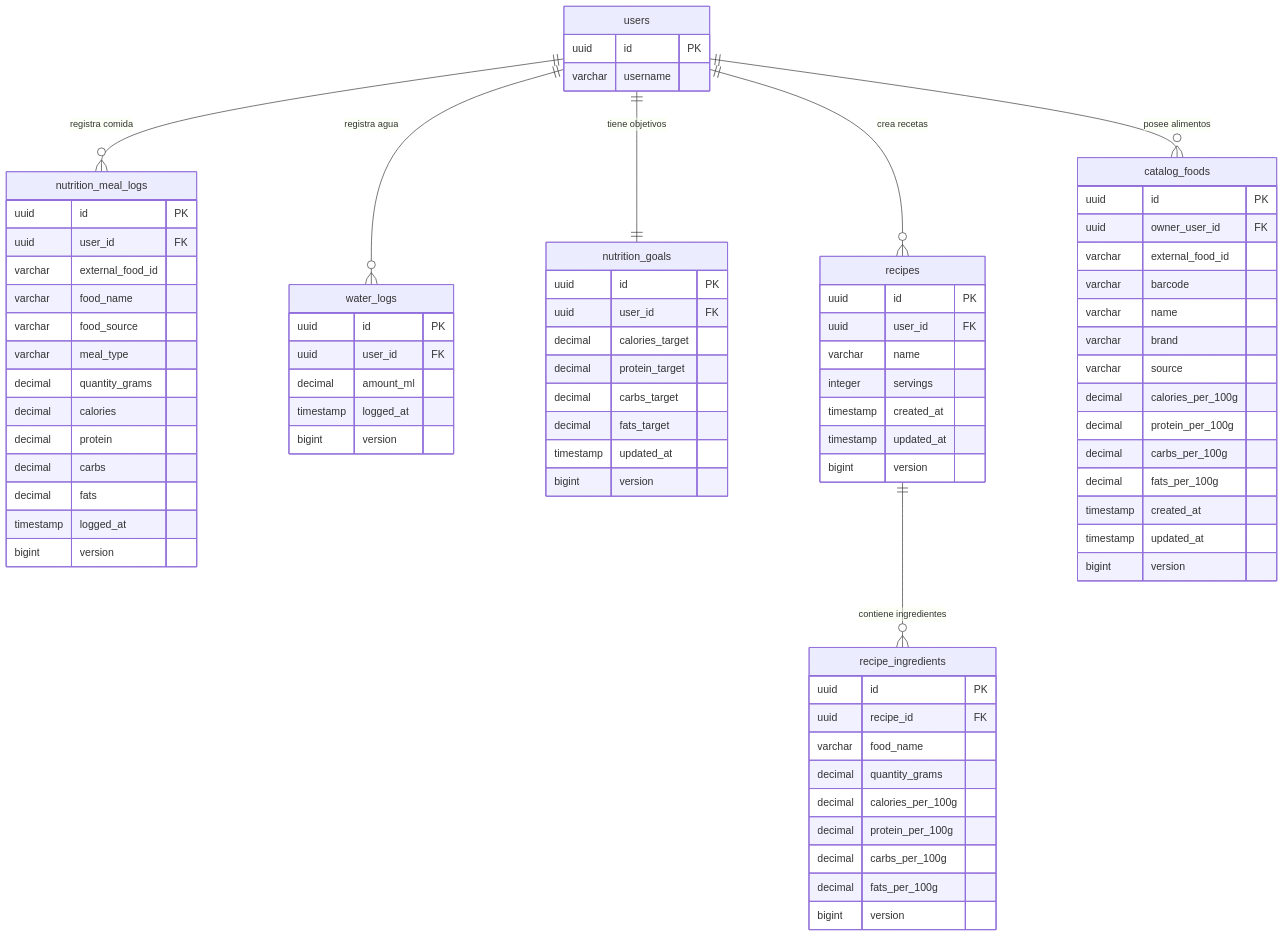
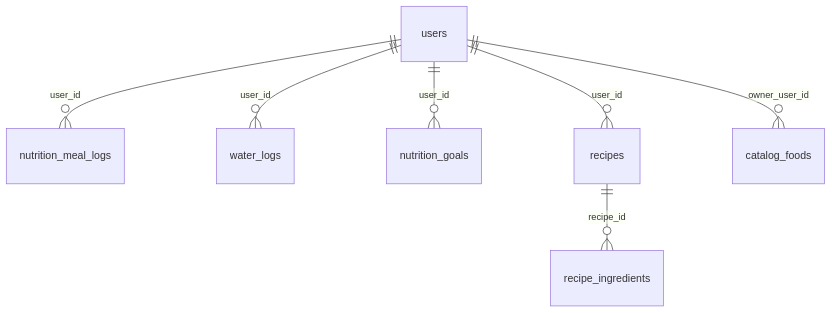
The fourth of 5 diagrams in docs/SCHEMA.md (adriijg/JADA-Fit-back), drawn with Mermaid before and after one commit. The commit also changed other lines of this file, not shown here.

Commit message:
fix: simplify ER diagrams to pure relational (no attribute blocks)

````diff
--- a/docs/SCHEMA.md
+++ b/docs/SCHEMA.md
@@ -217,88 +74,9 @@
 ```mermaid
 erDiagram
-    users {
-        uuid id PK
-        varchar username
-    }
-
-    nutrition_meal_logs {
-        uuid id PK
-        uuid user_id FK
-        varchar external_food_id
-        varchar food_name
-        varchar food_source
-        varchar meal_type
-        decimal quantity_grams
-        decimal calories
-        decimal protein
-        decimal carbs
-        decimal fats
-        timestamp logged_at
-        bigint version
-    }
-
-    water_logs {
-        uuid id PK
-        uuid user_id FK
-        decimal amount_ml
-        timestamp logged_at
-        bigint version
-    }
-
-    nutrition_goals {
-        uuid id PK
-        uuid user_id FK
-        decimal calories_target
-        decimal protein_target
-        decimal carbs_target
-        decimal fats_target
-        timestamp updated_at
-        bigint version
-    }
-
-    recipes {
-        uuid id PK
-        uuid user_id FK
-        varchar name
-        integer servings
-        timestamp created_at
-        timestamp updated_at
-        bigint version
-    }
-
-    recipe_ingredients {
-        uuid id PK
-        uuid recipe_id FK
-        varchar food_name
-        decimal quantity_grams
-        decimal calories_per_100g
-        decimal protein_per_100g
-        decimal carbs_per_100g
-        decimal fats_per_100g
-        bigint version
-    }
-
-    catalog_foods {
-        uuid id PK
-        uuid owner_user_id FK
-        varchar external_food_id
-        varchar barcode
-        varchar name
-        varchar brand
-        varchar source
-        decimal calories_per_100g
-        decimal protein_per_100g
-        decimal carbs_per_100g
-        decimal fats_per_100g
-        timestamp created_at
-        timestamp updated_at
-        bigint version
-    }
-
-    users ||--o{ nutrition_meal_logs : "registra comida"
-    users ||--o{ water_logs : "registra agua"
-    users ||--|| nutrition_goals : "tiene objetivos"
-    users ||--o{ recipes : "crea recetas"
-    users ||--o{ catalog_foods : "posee alimentos"
-    recipes ||--o{ recipe_ingredients : "contiene ingredientes"
+    users ||--o{ nutrition_meal_logs : "user_id"
+    users ||--o{ water_logs : "user_id"
+    users ||--o{ nutrition_goals : "user_id"
+    users ||--o{ recipes : "user_id"
+    users ||--o{ catalog_foods : "owner_user_id"
+    recipes ||--o{ recipe_ingredients : "recipe_id"
 ```
````
